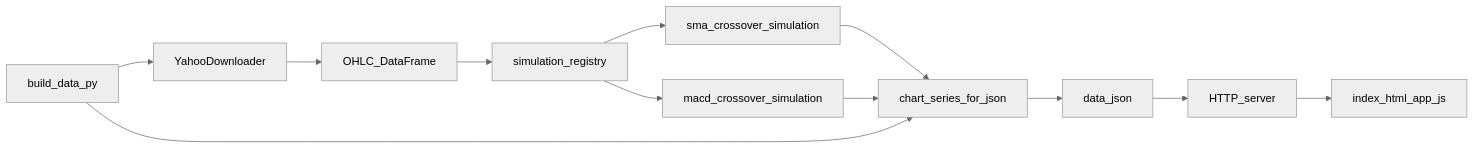
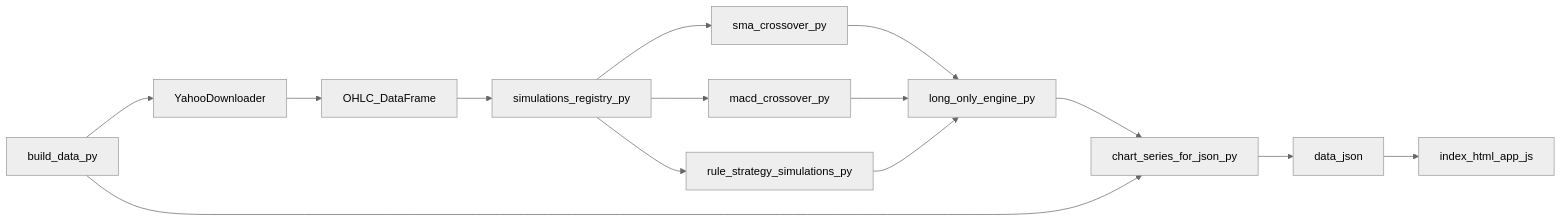
One commit to kelvinlyy/FinRL changed the diagram in web/README.md. Above: the diagram before and after it, drawn with Mermaid (neutral theme). The commit also changed other lines of this file and 16 other files, not shown here.

````diff
--- a/web/README.md
+++ b/web/README.md
@@ -11,24 +47,27 @@
 ```mermaid
 flowchart LR
   yahoo[YahooDownloader]
   raw[OHLC_DataFrame]
-  reg[simulation_registry]
-  simSMA[sma_crossover_simulation]
-  simMACD[macd_crossover_simulation]
-  ser[chart_series_for_json]
+  reg[simulations_registry_py]
+  rules[rule_strategy_simulations_py]
+  sma[sma_crossover_py]
+  macd[macd_crossover_py]
+  engine[long_only_engine_py]
+  ser[chart_series_for_json_py]
   json[data_json]
-  http[HTTP_server]
   browser[index_html_app_js]
 
   yahoo --> raw
   raw --> reg
-  reg --> simSMA
-  reg --> simMACD
-  simSMA --> ser
-  simMACD --> ser
+  reg --> rules
+  reg --> sma
+  reg --> macd
+  sma --> engine
+  macd --> engine
+  rules --> engine
+  engine --> ser
   build[build_data_py] --> yahoo
   build --> ser
   ser --> json
-  json --> http
-  http --> browser
+  json --> browser
 ```
````
